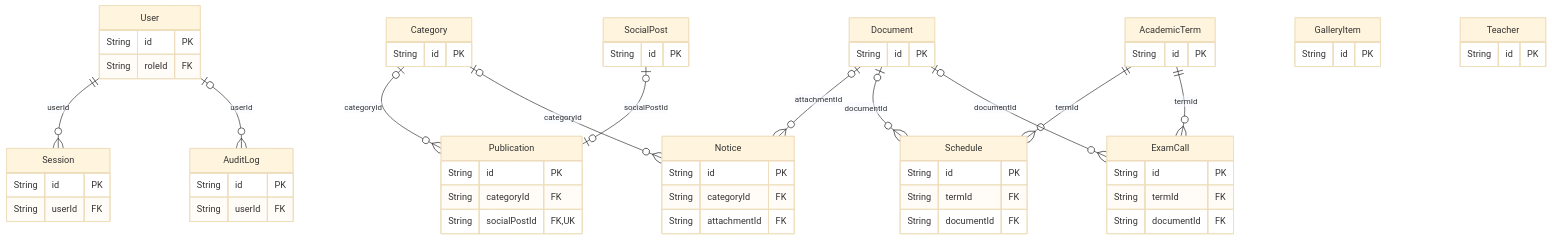
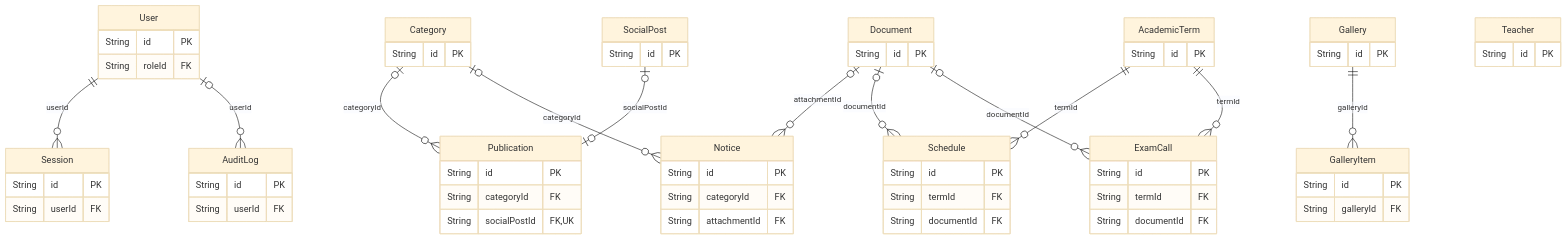
The diagram in docs/entrega/diagramas/der-completo.mmd (IFTS29-TalentoTech/ifts2-plataforma), drawn with Mermaid (base theme) before and after one commit. The commit also changed 110 other files, not shown here.

```diff
--- a/docs/entrega/diagramas/der-completo.mmd
+++ b/docs/entrega/diagramas/der-completo.mmd
@@ -1,63 +1,68 @@
 %% Generado por scripts/docs/prisma-to-docs.mjs desde prisma/schema.prisma. No editar a mano.
 %% Vista general (solo claves y relaciones; sin las tablas aisladas)
 erDiagram
   User {
     String id PK
     String roleId FK
   }
   Session {
     String id PK
     String userId FK
   }
   AuditLog {
     String id PK
     String userId FK
   }
   Category {
     String id PK
   }
   SocialPost {
     String id PK
   }
   Publication {
     String id PK
     String categoryId FK
     String socialPostId FK,UK
   }
   Notice {
     String id PK
     String categoryId FK
     String attachmentId FK
   }
   Document {
     String id PK
   }
   AcademicTerm {
     String id PK
   }
   Schedule {
     String id PK
     String termId FK
     String documentId FK
   }
   ExamCall {
     String id PK
     String termId FK
     String documentId FK
   }
+  Gallery {
+    String id PK
+  }
   GalleryItem {
     String id PK
+    String galleryId FK
   }
   Teacher {
     String id PK
   }
   User ||--o{ Session : "userId"
   Category |o--o{ Publication : "categoryId"
   SocialPost |o--o| Publication : "socialPostId"
   Category |o--o{ Notice : "categoryId"
   Document |o--o{ Notice : "attachmentId"
   AcademicTerm ||--o{ Schedule : "termId"
   Document |o--o{ Schedule : "documentId"
   AcademicTerm ||--o{ ExamCall : "termId"
   Document |o--o{ ExamCall : "documentId"
+  Gallery ||--o{ GalleryItem : "galleryId"
   User |o--o{ AuditLog : "userId"
```
